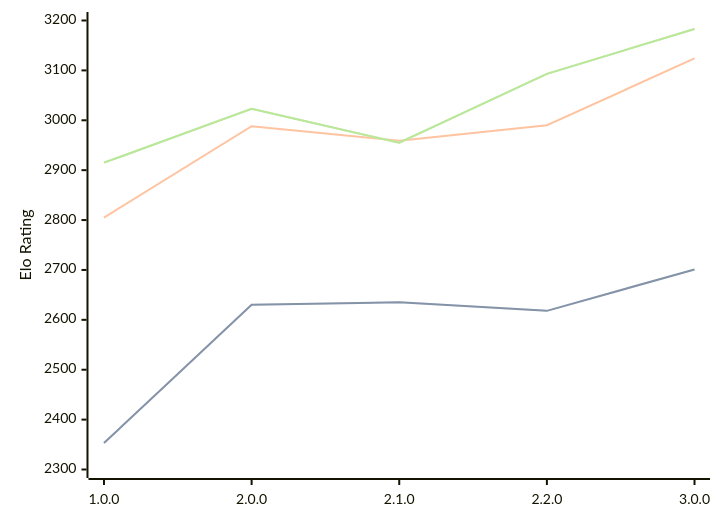
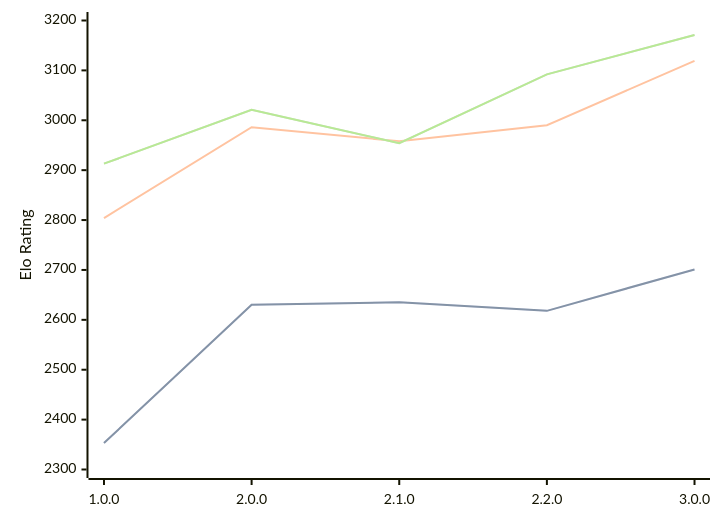
One commit to computer-chess-index/cci changed the diagram in engines/Catalyst.md. Above: the diagram before and after it, drawn with Mermaid. The commit also changed other lines of this file, not shown here.

Commit message:
Update CCI Ratings (ELO VLTC) - 2026-04-26

````diff
--- a/engines/Catalyst.md
+++ b/engines/Catalyst.md
@@ -35,11 +35,11 @@
 ```mermaid
 %%{init: {"theme":"base","themeVariables":{"seriesColors:['#a3a3a3','#222221','#faa371']}}}%%
 xychart-beta
   x-axis ["1.0.0", "2.0.0", "2.1.0", "2.2.0", "3.0.0"]
   y-axis "Elo Rating" 2300 --> 3200
   line "STC (8.0+0.08s)" [2353, 2630, 2635, 2618, 2701]
   line "STC (8.0+0.08s)" [2353, 2630, 2635, 2618, 2701]
-  line "LTC (60.0+0.60s)" [2805, 2988, 2959, 2990, 3124]
-  line "VLTC (2m24s+1.12s)" [2915, 3023, 2955, 3093, 3183]
-  line "VLTC (2m24s+1.12s)" [2915, 3023, 2955, 3093, 3183]
+  line "LTC (60.0+0.60s)" [2804, 2986, 2958, 2990, 3119]
+  line "VLTC (2m24s+1.12s)" [2913, 3021, 2954, 3092, 3171]
+  line "VLTC (2m24s+1.12s)" [2913, 3021, 2954, 3092, 3171]
 ```
````
